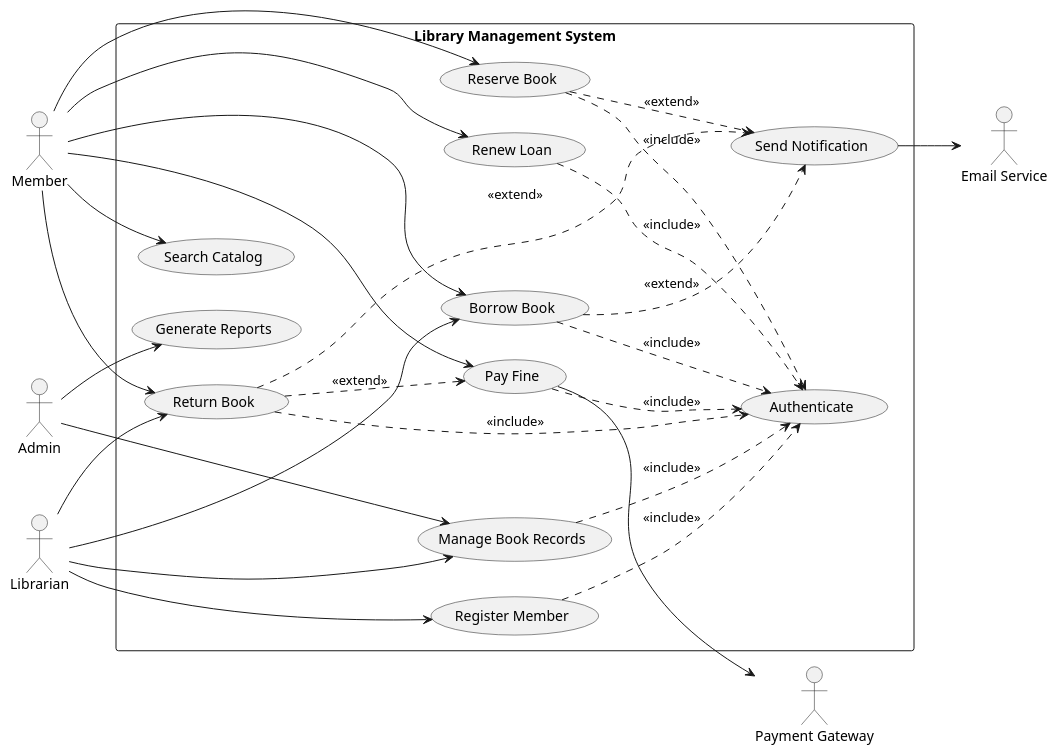
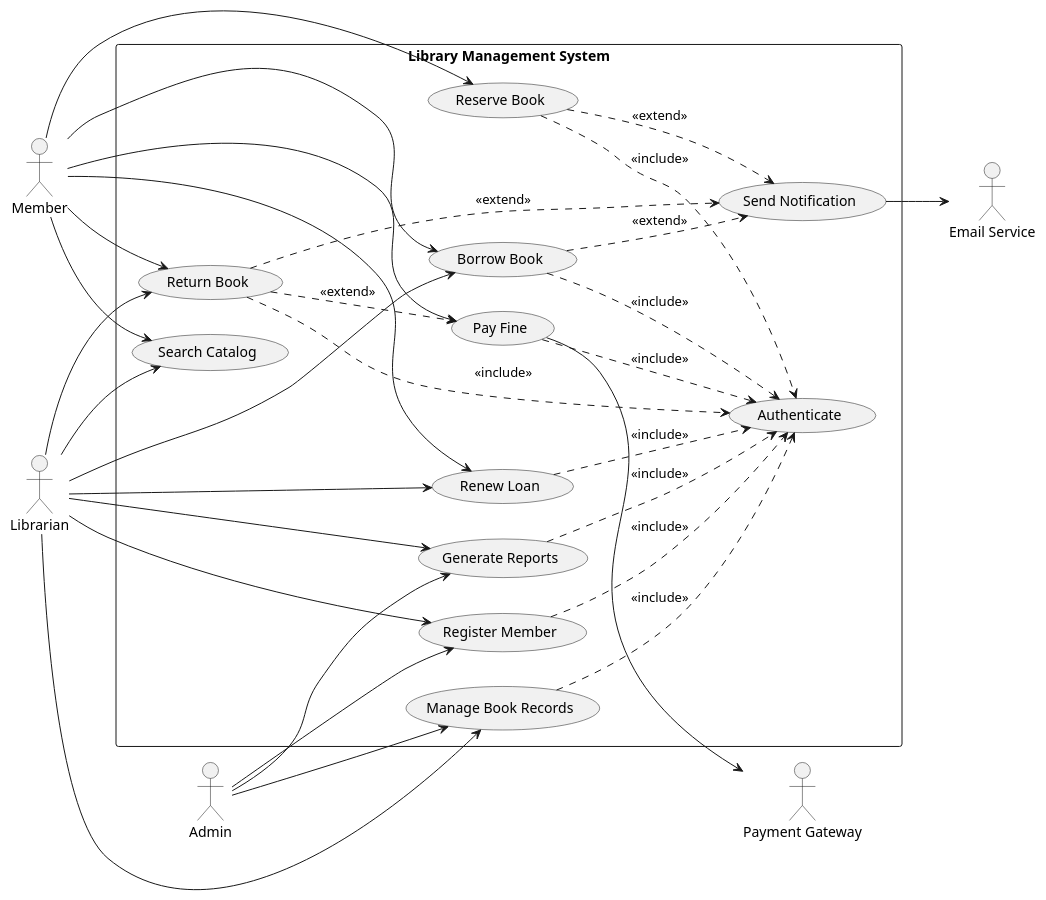
The diagram in uml/use_case.puml (HashimZuraiqi/Software-Eng.-Project-UNTITLED), drawn with PlantUML before and after one commit.

Commit message:
Fix use case diagram: add missing actor links and UC-09 authenticate include

```diff
--- a/uml/use_case.puml
+++ b/uml/use_case.puml
@@ -1,66 +1,71 @@
 @startuml use_case
 left to right direction
 skinparam packageStyle rectangle
 
 actor Member
 actor Librarian
 actor Admin
 actor "Email Service" as Email
 actor "Payment Gateway" as Payment
 
 rectangle "Library Management System" {
   usecase "Search Catalog" as UC1
   usecase "Borrow Book" as UC2
   usecase "Return Book" as UC3
   usecase "Reserve Book" as UC4
   usecase "Renew Loan" as UC5
   usecase "Pay Fine" as UC6
   usecase "Manage Book Records" as UC7
   usecase "Register Member" as UC8
   usecase "Authenticate" as UC_Auth
   usecase "Send Notification" as UC_Notify
   usecase "Generate Reports" as UC9
 }
 
 ' Member flows
 Member --> UC1
 Member --> UC2
 Member --> UC3
 Member --> UC4
 Member --> UC5
 Member --> UC6
 
 ' Librarian flows
 Librarian --> UC7
 Librarian --> UC8
 Librarian --> UC2
 Librarian --> UC3
+Librarian --> UC1
+Librarian --> UC5
+Librarian --> UC9
 
 ' Admin flows
 Admin --> UC9
 Admin --> UC7
+Admin --> UC8
 
 ' Authenticate is included (mandatory) in member operations
 UC2 ..> UC_Auth : <<include>>
 UC3 ..> UC_Auth : <<include>>
 UC4 ..> UC_Auth : <<include>>
 UC5 ..> UC_Auth : <<include>>
 UC6 ..> UC_Auth : <<include>>
 
 ' Authenticate is included in staff operations
 UC7 ..> UC_Auth : <<include>>
 UC8 ..> UC_Auth : <<include>>
+UC9 ..> UC_Auth : <<include>>
 
 ' Extend: Pay Fine can occur as part of Return Book (if fines exist)
 UC3 ..> UC6 : <<extend>>
 
 ' Extend: Send Notification happens after successful Borrow, Return, and Reserve
 UC2 ..> UC_Notify : <<extend>>
 UC3 ..> UC_Notify : <<extend>>
 UC4 ..> UC_Notify : <<extend>>
 
 ' External system flows
 UC_Notify --> Email
 UC6 --> Payment
 
 @enduml
```
